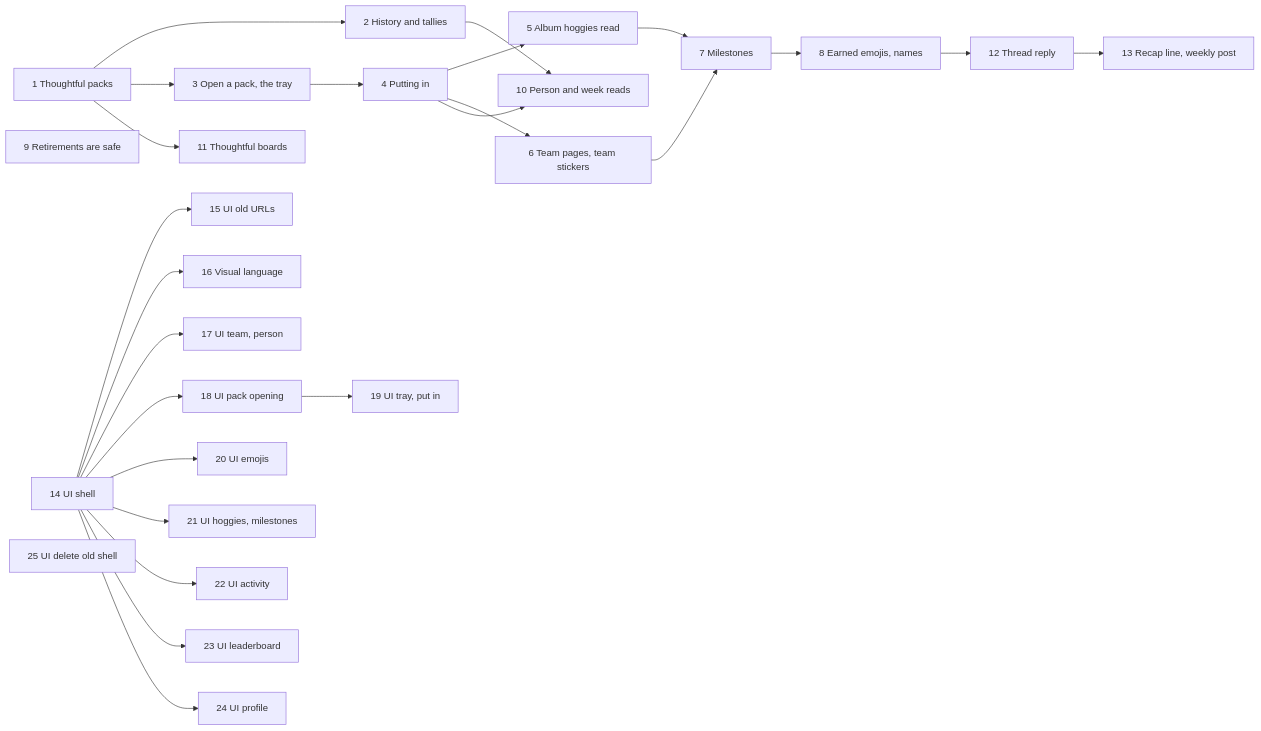
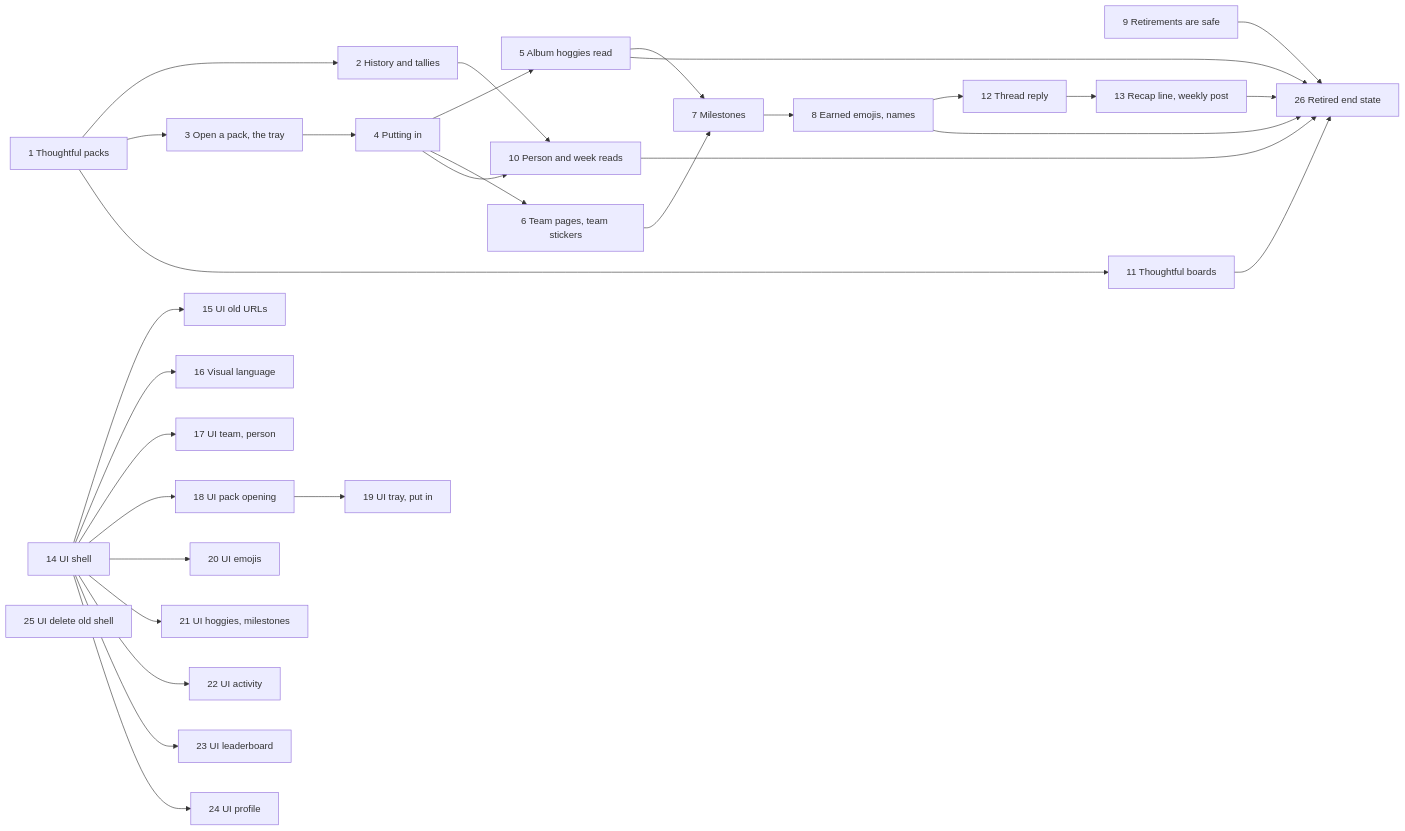
Before and after one commit to Silthus/kudos: the diagram in spec/album-tickets.md, drawn with Mermaid. The commit also changed other lines of this file and 2 other files, not shown here.

````diff
--- a/spec/album-tickets.md
+++ b/spec/album-tickets.md
@@ -9,51 +9,58 @@
 ```mermaid
 flowchart LR
   T1["1 Thoughtful packs"]
   T2["2 History and tallies"]
   T3["3 Open a pack, the tray"]
   T4["4 Putting in"]
   T5["5 Album hoggies read"]
   T6["6 Team pages, team stickers"]
   T7["7 Milestones"]
   T8["8 Earned emojis, names"]
   T9["9 Retirements are safe"]
   T10["10 Person and week reads"]
   T11["11 Thoughtful boards"]
   T12["12 Thread reply"]
   T13["13 Recap line, weekly post"]
   T14["14 UI shell"]
   T15["15 UI old URLs"]
   T16["16 Visual language"]
   T17["17 UI team, person"]
   T18["18 UI pack opening"]
   T19["19 UI tray, put in"]
   T20["20 UI emojis"]
   T21["21 UI hoggies, milestones"]
   T22["22 UI activity"]
   T23["23 UI leaderboard"]
   T24["24 UI profile"]
   T25["25 UI delete old shell"]
   T1 --> T2
   T1 --> T3
   T3 --> T4
   T4 --> T5
   T4 --> T6
   T5 --> T7
   T6 --> T7
   T7 --> T8
   T2 --> T10
   T4 --> T10
   T1 --> T11
   T8 --> T12
   T12 --> T13
   T14 --> T15
   T14 --> T16
   T14 --> T17
   T14 --> T18
   T18 --> T19
   T14 --> T20
   T14 --> T21
   T14 --> T22
   T14 --> T23
   T14 --> T24
+  T26["26 Retired end state"]
+  T5 --> T26
+  T8 --> T26
+  T9 --> T26
+  T10 --> T26
+  T11 --> T26
+  T13 --> T26
 ```
````
